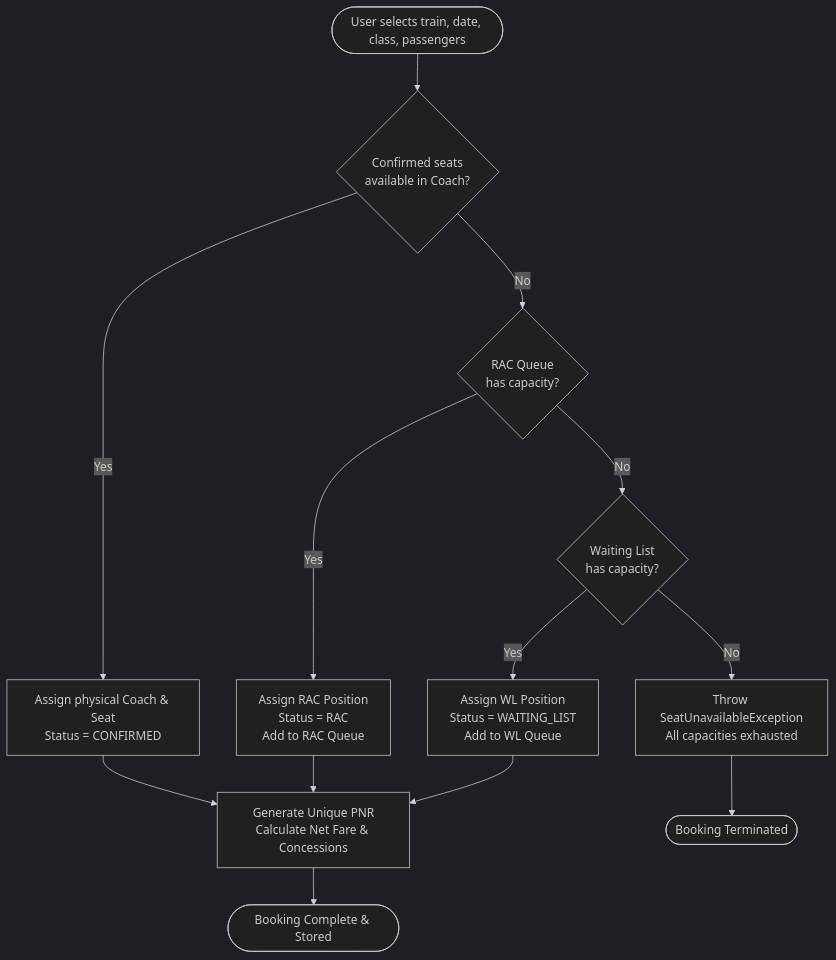
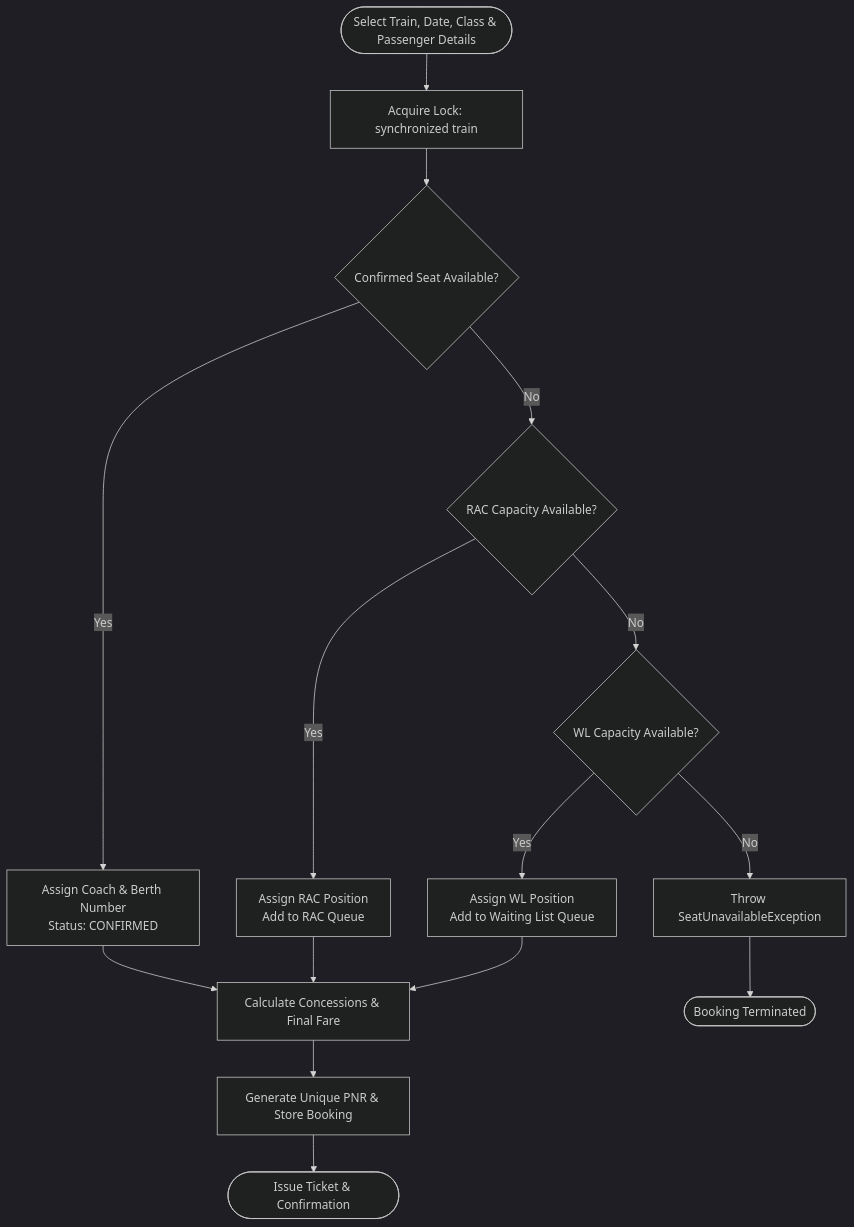
The third of 4 diagrams in PROJECT_REPORT.md (tanisha25bai10142-ctrl/RailSync), drawn with Mermaid (dark theme) before and after one commit. The commit also changed other lines of this file and 16 other files, not shown here.

````diff
--- a/PROJECT_REPORT.md
+++ b/PROJECT_REPORT.md
@@ -155,15 +138,17 @@
 ```mermaid
 flowchart TD
-    Start([User selects train, date, class, passengers]) --> CheckSeats{Confirmed seats<br/>available in Coach?}
-    CheckSeats -- Yes --> AssignSeat[Assign physical Coach & Seat<br/>Status = CONFIRMED]
-    CheckSeats -- No --> CheckRAC{RAC Queue<br/>has capacity?}
-    CheckRAC -- Yes --> EnqueueRAC[Assign RAC Position<br/>Status = RAC<br/>Add to RAC Queue]
-    CheckRAC -- No --> CheckWL{Waiting List<br/>has capacity?}
-    CheckWL -- Yes --> EnqueueWL[Assign WL Position<br/>Status = WAITING_LIST<br/>Add to WL Queue]
-    CheckWL -- No --> Regret[Throw SeatUnavailableException<br/>All capacities exhausted]
-    AssignSeat --> GenPNR[Generate Unique PNR<br/>Calculate Net Fare & Concessions]
-    EnqueueRAC --> GenPNR
-    EnqueueWL --> GenPNR
-    GenPNR --> Complete([Booking Complete & Stored])
-    Regret --> EndFail([Booking Terminated])
+    Start([Select Train, Date, Class & Passenger Details]) --> LockTrain[Acquire Lock: synchronized train]
+    LockTrain --> CheckSeats{Confirmed Seat Available?}
+    CheckSeats -- Yes --> AssignBerth[Assign Coach & Berth Number<br/>Status: CONFIRMED]
+    CheckSeats -- No --> CheckRAC{RAC Capacity Available?}
+    CheckRAC -- Yes --> AssignRAC[Assign RAC Position<br/>Add to RAC Queue]
+    CheckRAC -- No --> CheckWL{WL Capacity Available?}
+    CheckWL -- Yes --> AssignWL[Assign WL Position<br/>Add to Waiting List Queue]
+    CheckWL -- No --> Reject[Throw SeatUnavailableException]
+    AssignBerth --> CalcNetFare[Calculate Concessions & Final Fare]
+    AssignRAC --> CalcNetFare
+    AssignWL --> CalcNetFare
+    CalcNetFare --> GenPNR[Generate Unique PNR & Store Booking]
+    GenPNR --> EndSuccess([Issue Ticket & Confirmation])
+    Reject --> EndFail([Booking Terminated])
 ```
````
